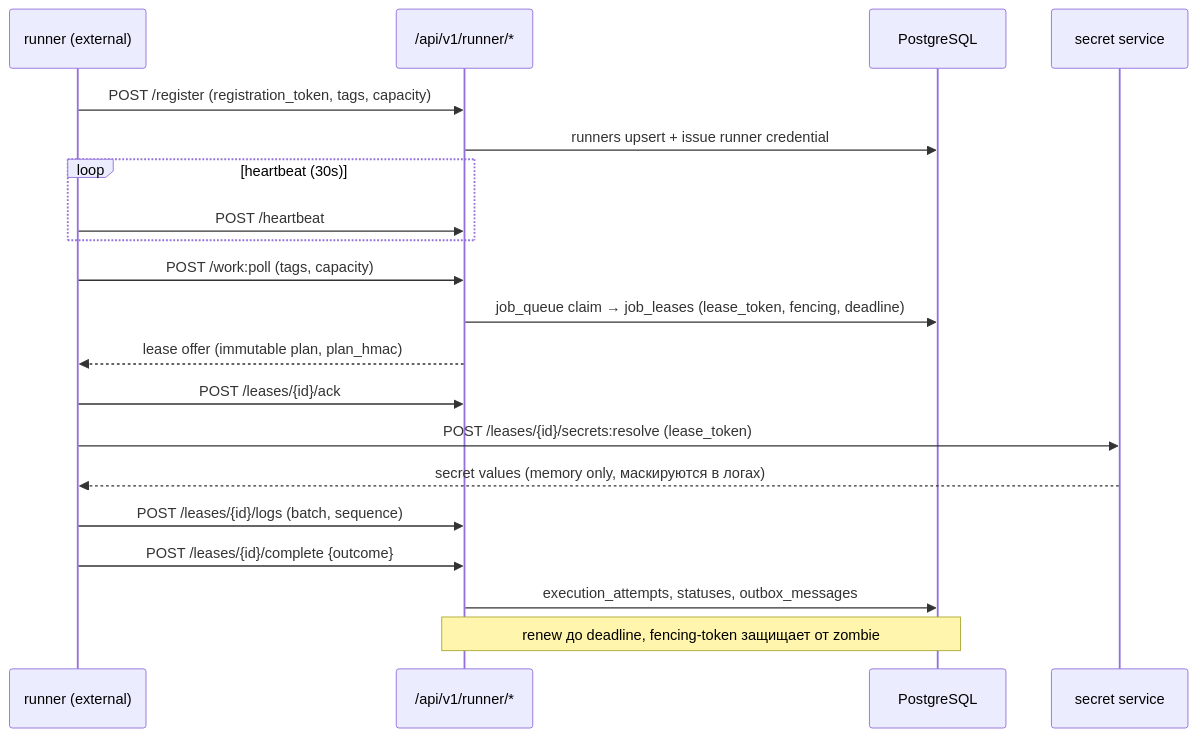
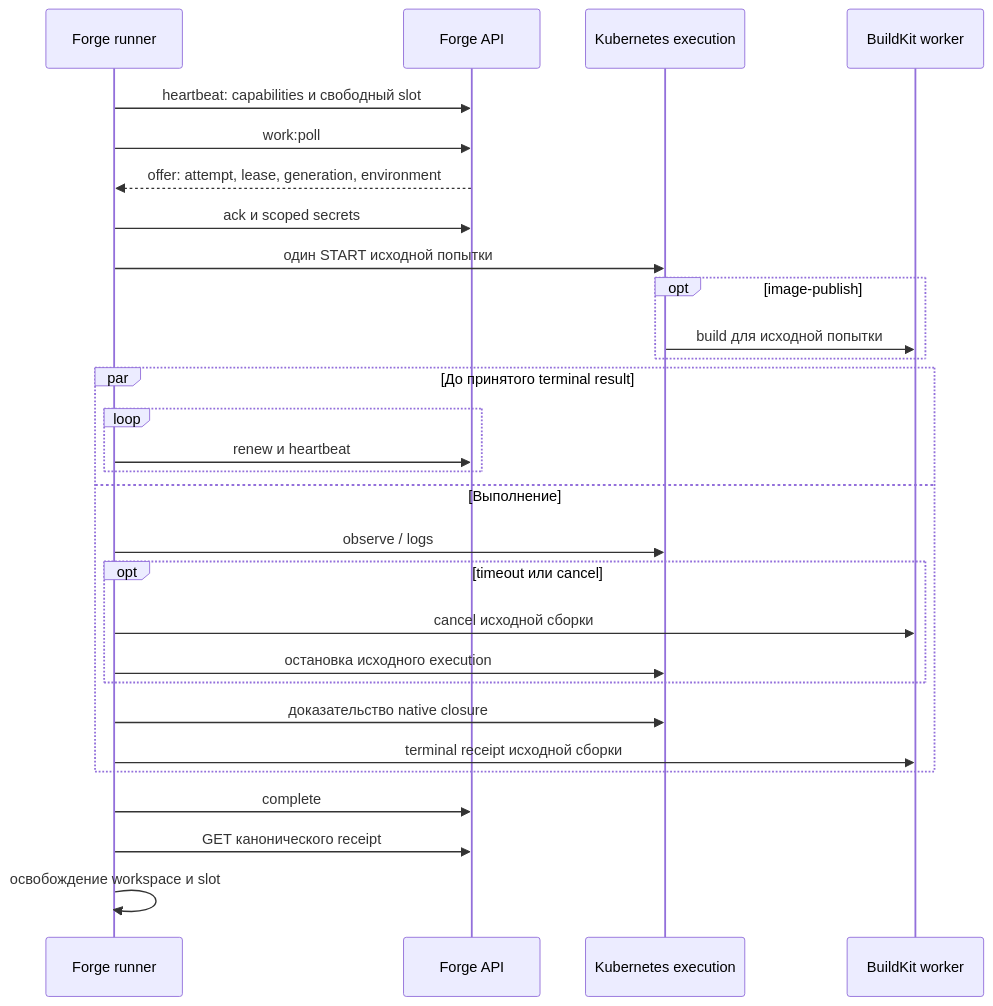
The diagram in docs/architecture/sequences/runner-lease.md (FerrPOINT/CI-CD), drawn with Mermaid before and after one commit. The commit also changed other lines of this file and 18 other files, not shown here.

Commit message:
fix(forge): preserve pipeline environment and await worker closure

````diff
--- a/docs/architecture/sequences/runner-lease.md
+++ b/docs/architecture/sequences/runner-lease.md
@@ -3,23 +3,31 @@
 ```mermaid
 sequenceDiagram
-    participant RN as runner (external)
-    participant API as /api/v1/runner/*
-    participant DB as PostgreSQL
-    participant SEC as secret service
-
-    RN->>API: POST /register (registration_token, tags, capacity)
-    API->>DB: runners upsert + issue runner credential
-    loop heartbeat (30s)
-        RN->>API: POST /heartbeat
+    participant RN as Forge runner
+    participant API as Forge API
+    participant K8S as Kubernetes execution
+    participant BK as BuildKit worker
+    RN->>API: heartbeat: capabilities и свободный slot
+    RN->>API: work:poll
+    API-->>RN: offer: attempt, lease, generation, environment
+    RN->>API: ack и scoped secrets
+    RN->>K8S: один START исходной попытки
+    opt image-publish
+        K8S->>BK: build для исходной попытки
     end
-    RN->>API: POST /work:poll (tags, capacity)
-    API->>DB: job_queue claim → job_leases (lease_token, fencing, deadline)
-    API-->>RN: lease offer (immutable plan, plan_hmac)
-    RN->>API: POST /leases/{id}/ack
-    RN->>SEC: POST /leases/{id}/secrets:resolve (lease_token)
-    SEC-->>RN: secret values (memory only, маскируются в логах)
-    RN->>API: POST /leases/{id}/logs (batch, sequence)
-    RN->>API: POST /leases/{id}/complete {outcome}
-    API->>DB: execution_attempts, statuses, outbox_messages
-    Note over API,DB: renew до deadline, fencing-token защищает от zombie
+    par До принятого terminal result
+        loop
+            RN->>API: renew и heartbeat
+        end
+    and Выполнение
+        RN->>K8S: observe / logs
+        opt timeout или cancel
+            RN->>BK: cancel исходной сборки
+            RN->>K8S: остановка исходного execution
+        end
+        RN->>K8S: доказательство native closure
+        RN->>BK: terminal receipt исходной сборки
+    end
+    RN->>API: complete
+    RN->>API: GET канонического receipt
+    RN->>RN: освобождение workspace и slot
 ```
````
